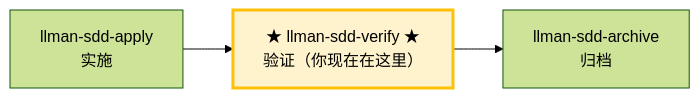
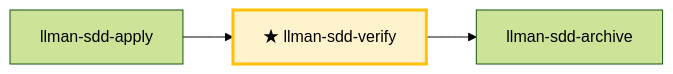
Before and after one commit to StrayDragon/xylitol: the diagram in .agents/skills/llman-sdd-verify/SKILL.md, drawn with Mermaid (forest theme). The commit also changed other lines of this file and 13 other files, not shown here.

First line of the commit message:
chore(skills): refresh llman-sdd skills to 0.5.0 official templates (init --update)

````diff
--- a/.agents/skills/llman-sdd-verify/SKILL.md
+++ b/.agents/skills/llman-sdd-verify/SKILL.md
@@ -16,8 +14,7 @@
 ```mermaid
 flowchart LR
-    apply["llman-sdd-apply<br/>实施"] --> verify
-    verify["★ llman-sdd-verify ★<br/>验证（你现在在这里）"]
-    verify --> archive["llman-sdd-archive<br/>归档"]
+    apply["llman-sdd-apply"] --> verify["★ llman-sdd-verify"]
+    verify --> archive["llman-sdd-archive"]
 
     style verify fill:#fff3cd,stroke:#ffc107,stroke-width:3px
 ```
````
